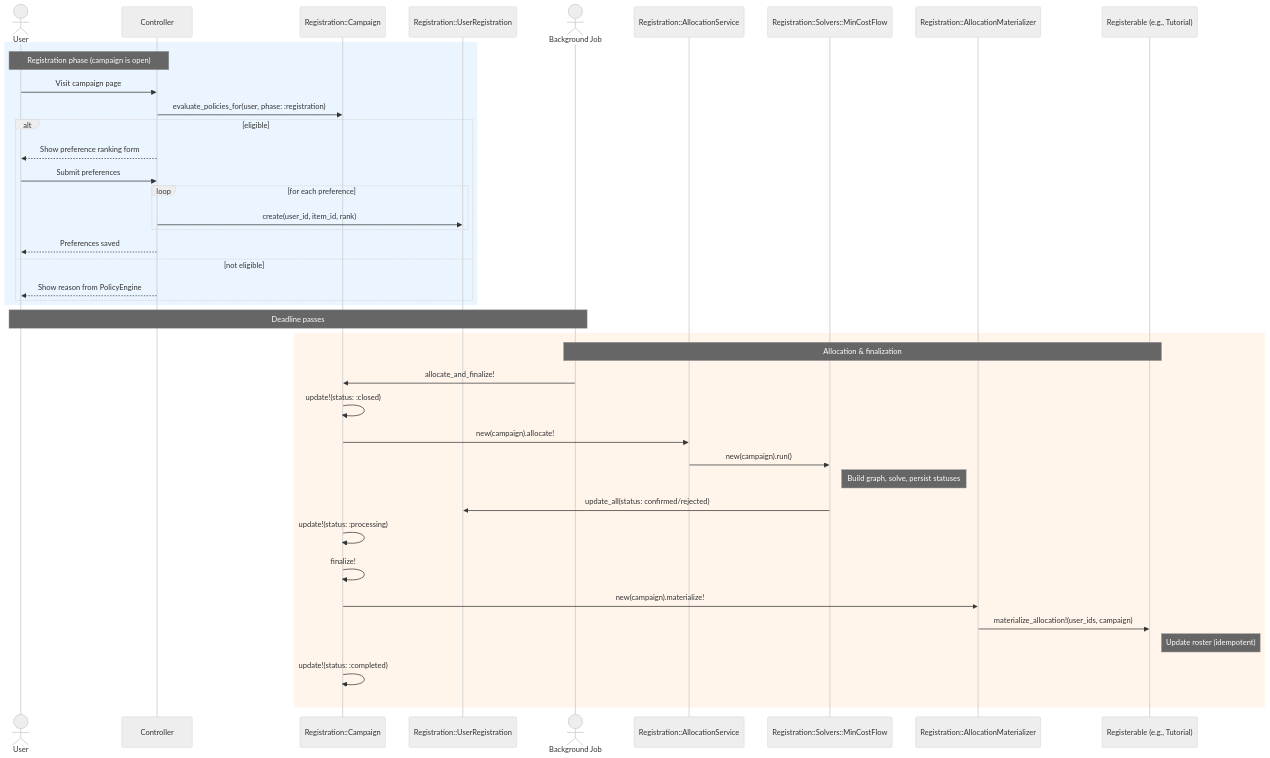
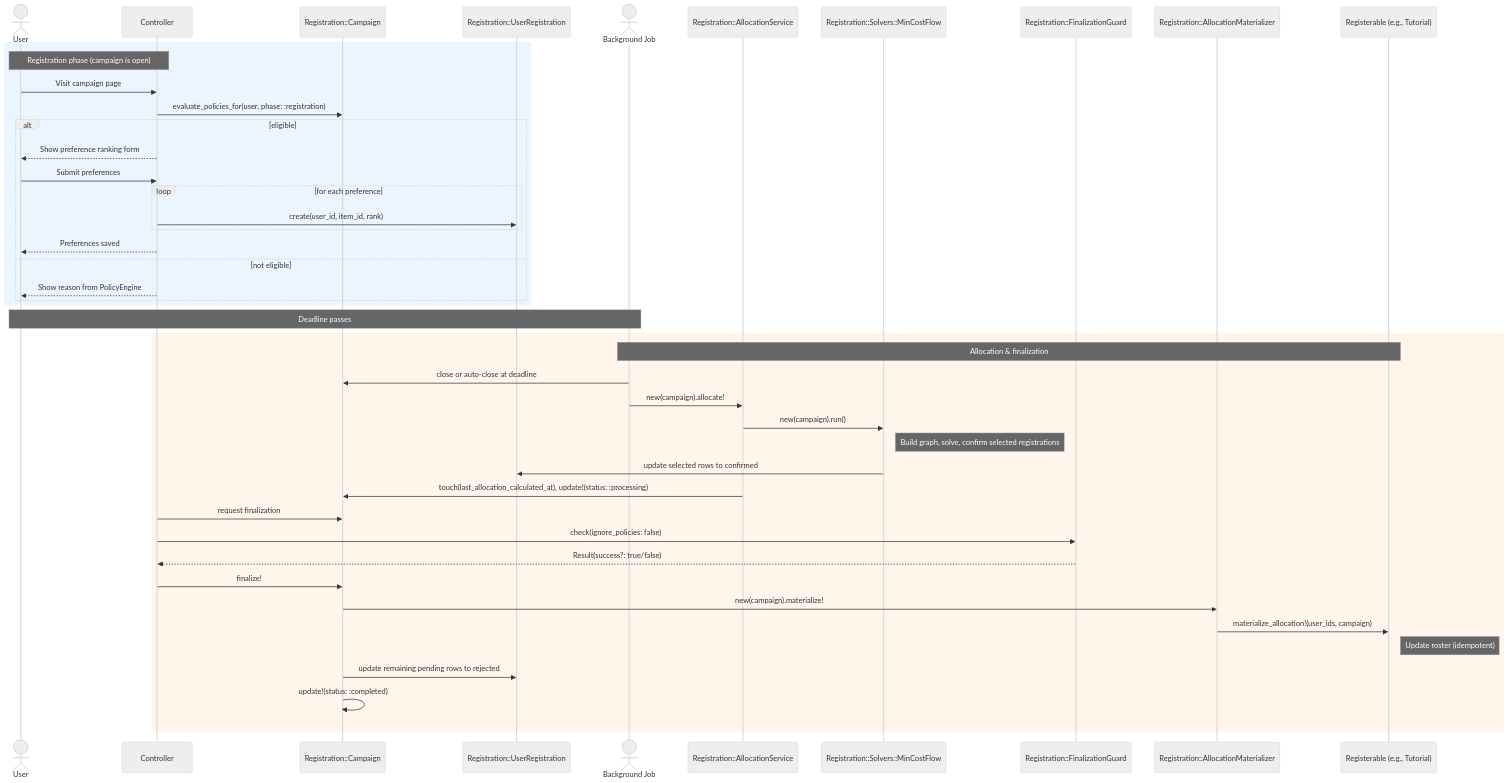
The fourth of 6 diagrams in architecture/src/features/02-registration.md (MaMpf-HD/mampf), drawn with Mermaid (neutral theme) before and after one commit. The commit also changed other lines of this file and 1 other file, not shown here.

First line of the commit message:
Architecture book: Update docs to reflect actual code (#1097)

````diff
--- a/architecture/src/features/02-registration.md
+++ b/architecture/src/features/02-registration.md
@@ -1417,46 +1398,50 @@
 ```mermaid
 sequenceDiagram
     actor User
     participant Controller
     participant Campaign as Registration::Campaign
     participant UserReg as Registration::UserRegistration
     actor Job as Background Job
     participant AllocationSvc as Registration::AllocationService
     participant Solver as Registration::Solvers::MinCostFlow
+    participant Guard as Registration::FinalizationGuard
     participant Materializer as Registration::AllocationMaterializer
     participant RegTarget as Registerable (e.g., Tutorial)
 
     rect rgb(235, 245, 255)
     note over User,Controller: Registration phase (campaign is open)
     User->>Controller: Visit campaign page
     Controller->>Campaign: evaluate_policies_for(user, phase: :registration)
     alt eligible
         Controller-->>User: Show preference ranking form
         User->>Controller: Submit preferences
         loop for each preference
             Controller->>UserReg: create(user_id, item_id, rank)
         end
         Controller-->>User: Preferences saved
     else not eligible
         Controller-->>User: Show reason from PolicyEngine
     end
     end
 
     note over User,Job: Deadline passes
 
     rect rgb(255, 245, 235)
     note over Job,RegTarget: Allocation & finalization
-    Job->>Campaign: allocate_and_finalize!
-    Campaign->>Campaign: update!(status: :closed)
-    Campaign->>AllocationSvc: new(campaign).allocate!
+    Job->>Campaign: close or auto-close at deadline
+    Job->>AllocationSvc: new(campaign).allocate!
     AllocationSvc->>Solver: new(campaign).run()
-    note right of Solver: Build graph, solve, persist statuses
-    Solver->>UserReg: update_all(status: confirmed/rejected)
-    Campaign->>Campaign: update!(status: :processing)
-    Campaign->>Campaign: finalize!
+    note right of Solver: Build graph, solve, confirm selected registrations
+    Solver->>UserReg: update selected rows to confirmed
+    AllocationSvc->>Campaign: touch(last_allocation_calculated_at), update!(status: :processing)
+    Controller->>Campaign: request finalization
+    Controller->>Guard: check(ignore_policies: false)
+    Guard-->>Controller: Result(success?: true/false)
+    Controller->>Campaign: finalize!
     Campaign->>Materializer: new(campaign).materialize!
     Materializer->>RegTarget: materialize_allocation!(user_ids, campaign)
     note right of RegTarget: Update roster (idempotent)
+    Campaign->>UserReg: update remaining pending rows to rejected
     Campaign->>Campaign: update!(status: :completed)
     end
 ```
````
